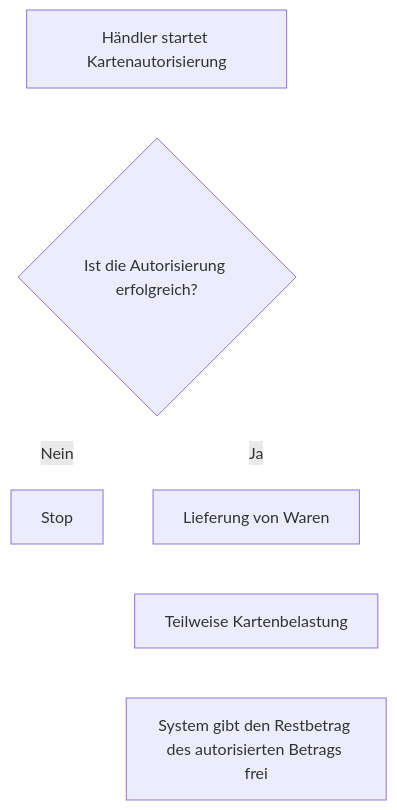
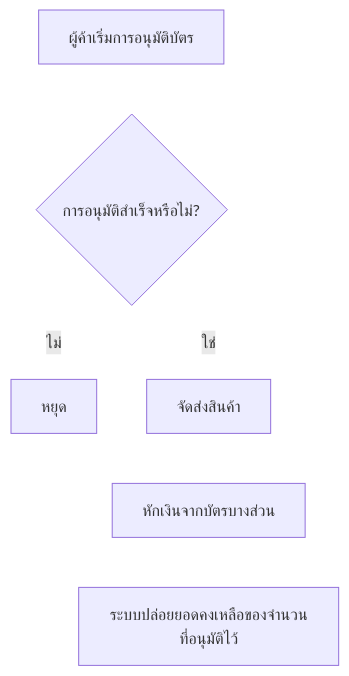
One commit to Moeenahamd/moeenahamd.github.io changed the second of 2 diagrams in i18n/th/docusaurus-plugin-content-docs/current/guides/capture.mdx. Above: the diagram before and after it, drawn with Mermaid. The commit also changed other lines of this file and 3 other files, not shown here.

````diff
--- a/i18n/th/docusaurus-plugin-content-docs/current/guides/capture.mdx
+++ b/i18n/th/docusaurus-plugin-content-docs/current/guides/capture.mdx
@@ -117,10 +116,10 @@
 ```mermaid
 flowchart TD
-  A[Händler startet Kartenautorisierung] --> B{Ist die Autorisierung erfolgreich?}
-  B -- Nein --> C[Stop]
-  B -- Ja --> D[Lieferung von Waren]
-  D --> E[Teilweise Kartenbelastung]
-  E --> F[System gibt den Restbetrag des autorisierten Betrags frei]
+  A[ผู้ค้าเริ่มการอนุมัติบัตร] --> B{การอนุมัติสำเร็จหรือไม่?}
+  B -- ไม่ --> C[หยุด]
+  B -- ใช่ --> D[จัดส่งสินค้า]
+  D --> E[หักเงินจากบัตรบางส่วน]
+  E --> F[ระบบปล่อยยอดคงเหลือของจำนวนที่อนุมัติไว้]
 
   linkStyle 0,1,2,3,4 stroke:white,stroke-width:1px;
 ```
````
